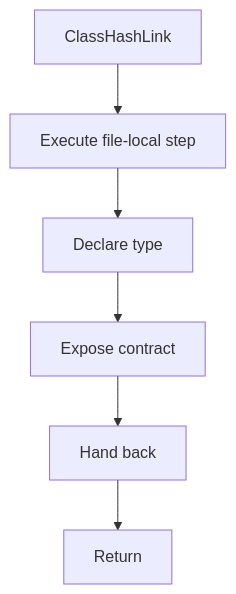
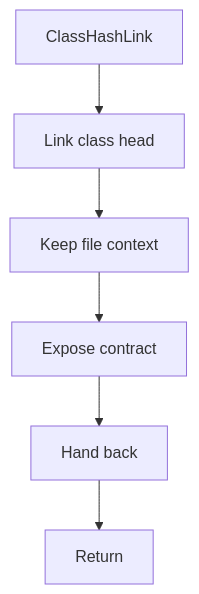
The diagram in docs/Codebase/Microservice/Modules/Header/HashingMechanism/HashLinks/Flow/functions/classhashlink.hpp.md (JohnAndrewBalbarosa/NeoTerritory), drawn with Mermaid before and after one commit. The commit also changed other lines of this file and 147 other files, not shown here.

````diff
--- a/docs/Codebase/Microservice/Modules/Header/HashingMechanism/HashLinks/Flow/functions/classhashlink.hpp.md
+++ b/docs/Codebase/Microservice/Modules/Header/HashingMechanism/HashLinks/Flow/functions/classhashlink.hpp.md
@@ -16,14 +21,14 @@
 ```mermaid
 flowchart TD
     Start["ClassHashLink"]
-    N0["Execute file-local step"]
-    N1["Declare type"]
+    N0["Link class head"]
+    N1["Keep file context"]
     N2["Expose contract"]
     N3["Hand back"]
     End["Return"]
     Start --> N0
     N0 --> N1
     N1 --> N2
     N2 --> N3
     N3 --> End
 ```
````
